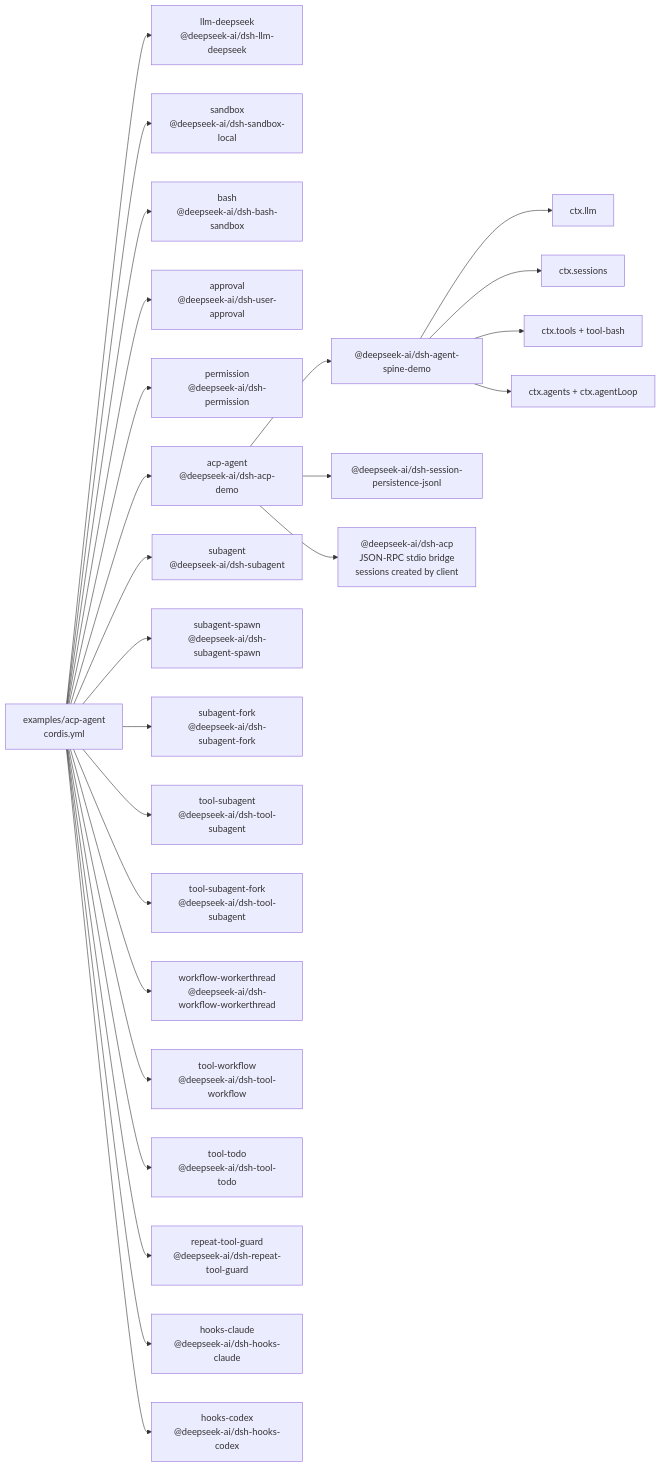
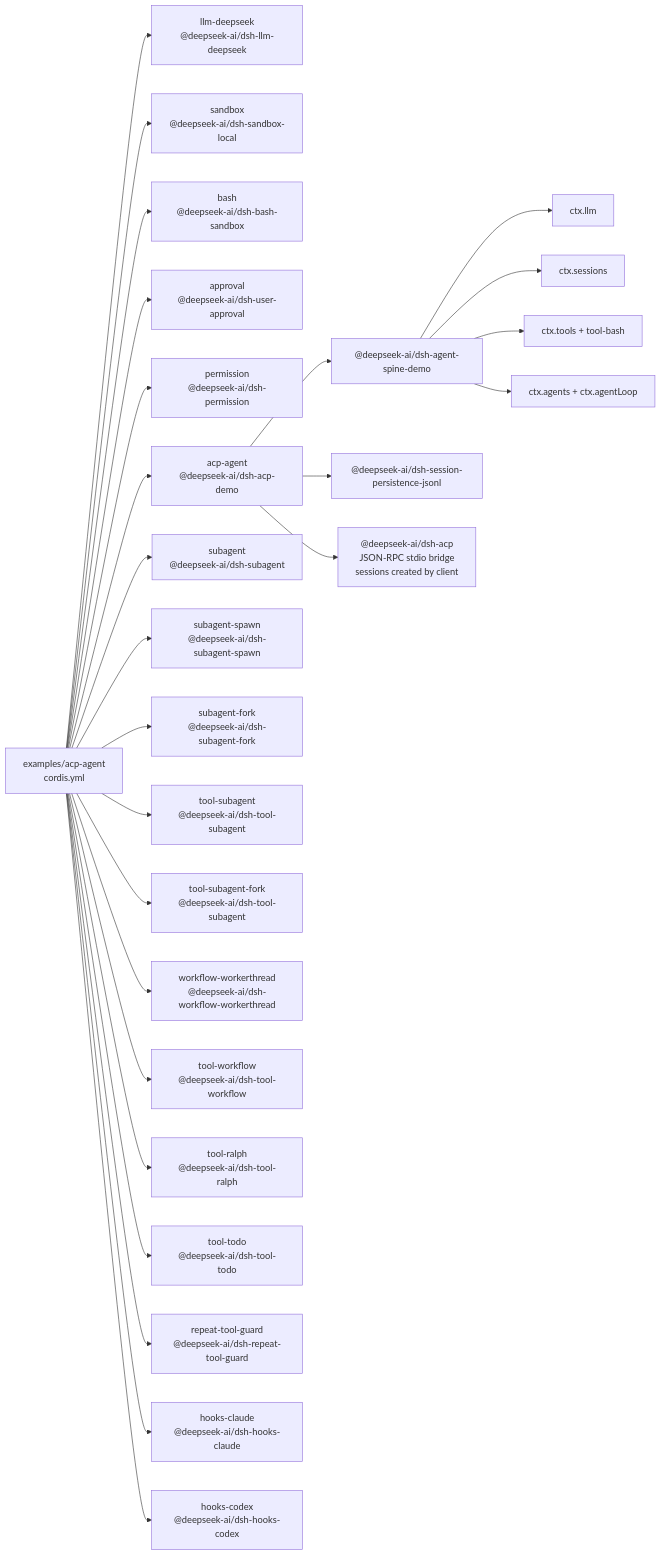
The diagram in examples/acp-agent/composition.md (007M7/DeepCode), drawn with Mermaid before and after one commit. The commit also changed other lines of this file and 57 other files, not shown here.

Commit message:
feat(workflow): add fresh-agent Ralph tool

````diff
--- a/examples/acp-agent/composition.md
+++ b/examples/acp-agent/composition.md
@@ -8,45 +8,47 @@
 ```mermaid
 flowchart LR
   cfg["examples/acp-agent<br/>cordis.yml"]
   plugin_acp_llm_deepseek["llm-deepseek<br/>@deepseek-ai/dsh-llm-deepseek"]
   cfg --> plugin_acp_llm_deepseek
   plugin_acp_sandbox["sandbox<br/>@deepseek-ai/dsh-sandbox-local"]
   cfg --> plugin_acp_sandbox
   plugin_acp_bash["bash<br/>@deepseek-ai/dsh-bash-sandbox"]
   cfg --> plugin_acp_bash
   plugin_acp_approval["approval<br/>@deepseek-ai/dsh-user-approval"]
   cfg --> plugin_acp_approval
   plugin_acp_permission["permission<br/>@deepseek-ai/dsh-permission"]
   cfg --> plugin_acp_permission
   plugin_acp_acp_agent["acp-agent<br/>@deepseek-ai/dsh-acp-demo"]
   cfg --> plugin_acp_acp_agent
   plugin_acp_acp_agent --> bundle_agent_core["@deepseek-ai/dsh-agent-spine-demo"]
   plugin_acp_acp_agent --> bundle_jsonl["@deepseek-ai/dsh-session-persistence-jsonl"]
   plugin_acp_acp_agent --> frontdoor_acp["@deepseek-ai/dsh-acp<br/>JSON-RPC stdio bridge<br/>sessions created by client"]
   bundle_agent_core --> spine_llm["ctx.llm"]
   bundle_agent_core --> spine_sessions["ctx.sessions"]
   bundle_agent_core --> spine_tools["ctx.tools + tool-bash"]
   bundle_agent_core --> spine_loop["ctx.agents + ctx.agentLoop"]
   plugin_acp_subagent["subagent<br/>@deepseek-ai/dsh-subagent"]
   cfg --> plugin_acp_subagent
   plugin_acp_subagent_spawn["subagent-spawn<br/>@deepseek-ai/dsh-subagent-spawn"]
   cfg --> plugin_acp_subagent_spawn
   plugin_acp_subagent_fork["subagent-fork<br/>@deepseek-ai/dsh-subagent-fork"]
   cfg --> plugin_acp_subagent_fork
   plugin_acp_tool_subagent["tool-subagent<br/>@deepseek-ai/dsh-tool-subagent"]
   cfg --> plugin_acp_tool_subagent
   plugin_acp_tool_subagent_fork["tool-subagent-fork<br/>@deepseek-ai/dsh-tool-subagent"]
   cfg --> plugin_acp_tool_subagent_fork
   plugin_acp_workflow_workerthread["workflow-workerthread<br/>@deepseek-ai/dsh-workflow-workerthread"]
   cfg --> plugin_acp_workflow_workerthread
   plugin_acp_tool_workflow["tool-workflow<br/>@deepseek-ai/dsh-tool-workflow"]
   cfg --> plugin_acp_tool_workflow
+  plugin_acp_tool_ralph["tool-ralph<br/>@deepseek-ai/dsh-tool-ralph"]
+  cfg --> plugin_acp_tool_ralph
   plugin_acp_tool_todo["tool-todo<br/>@deepseek-ai/dsh-tool-todo"]
   cfg --> plugin_acp_tool_todo
   plugin_acp_repeat_tool_guard["repeat-tool-guard<br/>@deepseek-ai/dsh-repeat-tool-guard"]
   cfg --> plugin_acp_repeat_tool_guard
   plugin_acp_hooks_claude["hooks-claude<br/>@deepseek-ai/dsh-hooks-claude"]
   cfg --> plugin_acp_hooks_claude
   plugin_acp_hooks_codex["hooks-codex<br/>@deepseek-ai/dsh-hooks-codex"]
   cfg --> plugin_acp_hooks_codex
 ```
````
